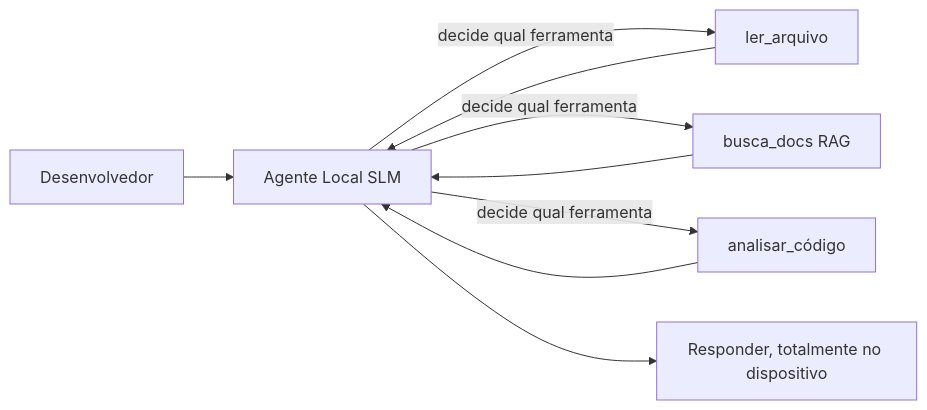
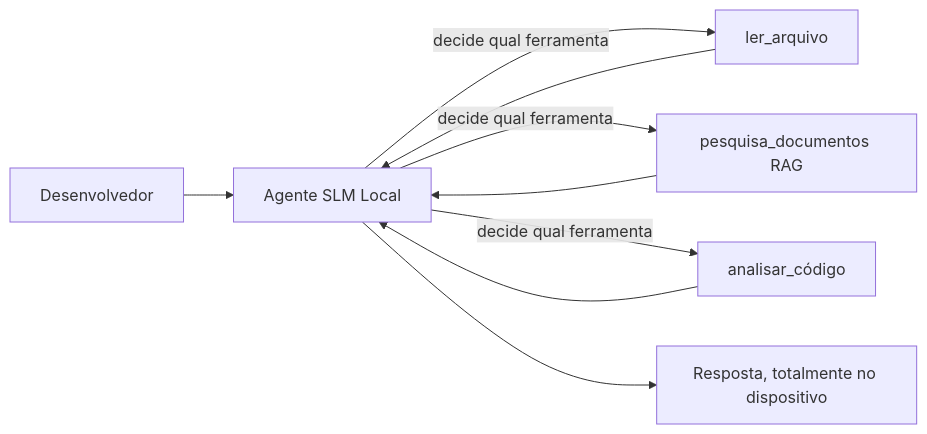
One commit to gabrielmoreira/agent-skills-mirror changed the first of 4 diagrams in mirrors/repos/microsoft@ai-agents-for-beginners/translations/pt-BR/17-creating-local-ai-agents/README.md. Above: the diagram before and after it, drawn with Mermaid. The commit also changed other lines of this file and 4262 other files, not shown here.

````diff
--- a/mirrors/repos/microsoft@ai-agents-for-beginners/translations/pt-BR/17-creating-local-ai-agents/README.md
+++ b/mirrors/repos/microsoft@ai-agents-for-beginners/translations/pt-BR/17-creating-local-ai-agents/README.md
@@ -66,11 +66,11 @@
 ```mermaid
 flowchart LR
-    U[Desenvolvedor] --> A[Agente Local SLM]
+    U[Desenvolvedor] --> A[Agente SLM Local]
     A -->|decide qual ferramenta| T1[ler_arquivo]
-    A -->|decide qual ferramenta| T2[busca_docs RAG]
+    A -->|decide qual ferramenta| T2[pesquisa_documentos RAG]
     A -->|decide qual ferramenta| T3[analisar_código]
     T1 --> A
     T2 --> A
     T3 --> A
-    A --> R[Responder, totalmente no dispositivo]
+    A --> R[Resposta, totalmente no dispositivo]
 ```
````
